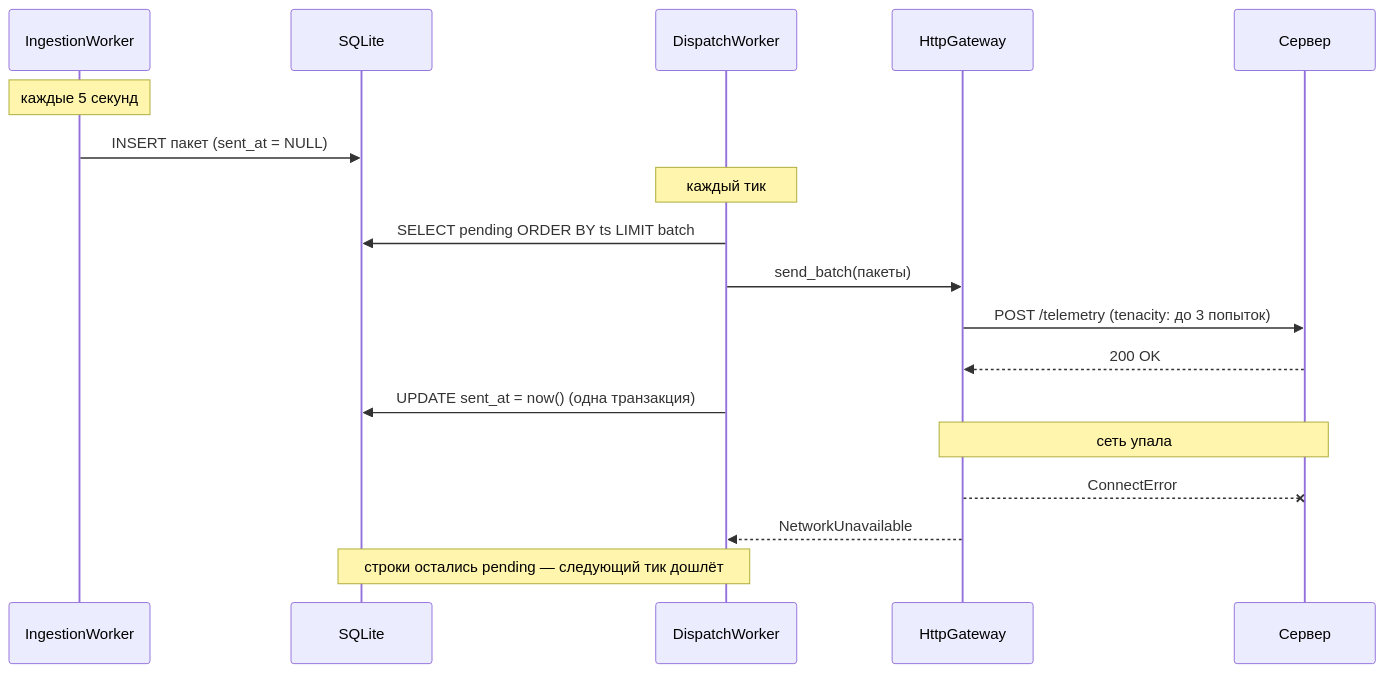
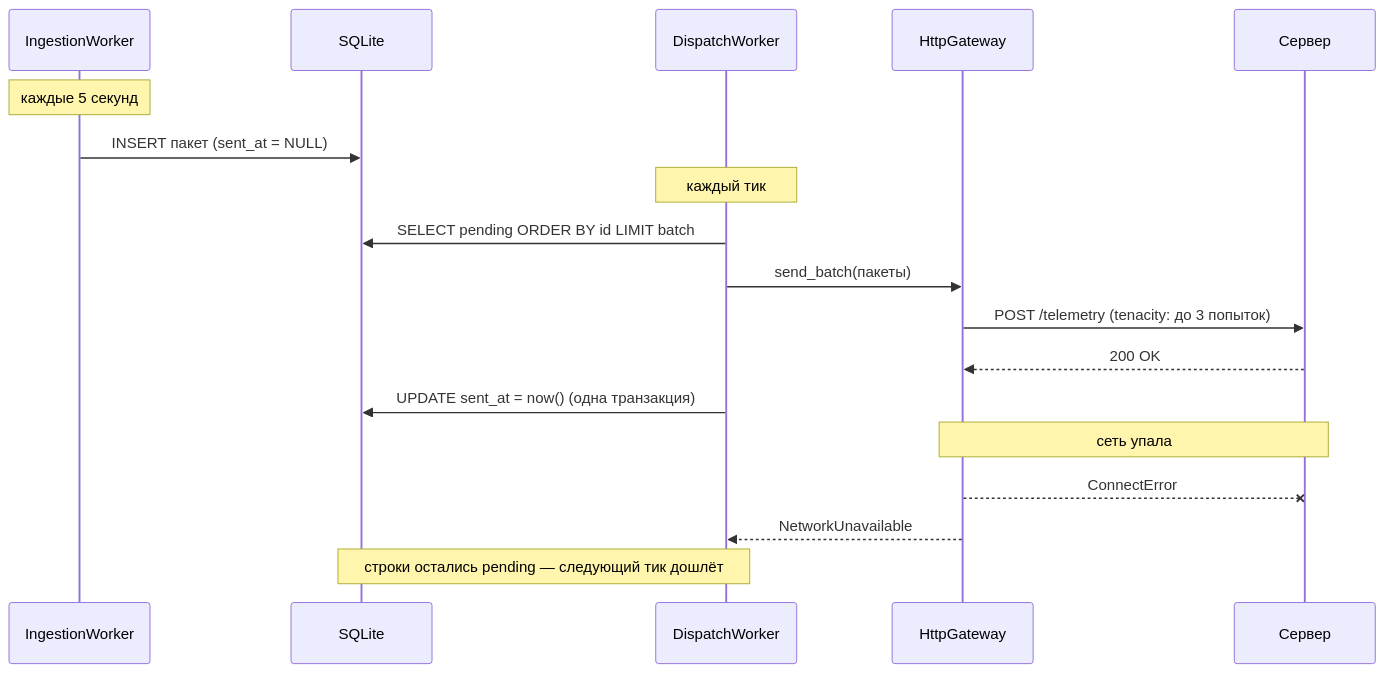
Before and after one commit to Korasystems24/EdgePC: the third of 4 diagrams in docs/architecture.md, drawn with Mermaid. The commit also changed other lines of this file and 1 other file, not shown here.

Commit message:
docs(architecture): 📝 refine outbox, quarantine, and health delivery

````diff
--- a/docs/architecture.md
+++ b/docs/architecture.md
@@ -257,23 +269,23 @@
 ```mermaid
 sequenceDiagram
     participant IW as IngestionWorker
     participant DB as SQLite
     participant DW as DispatchWorker
     participant GW as HttpGateway
     participant SRV as Сервер
 
     Note over IW: каждые 5 секунд
     IW->>DB: INSERT пакет (sent_at = NULL)
 
     Note over DW: каждый тик
-    DW->>DB: SELECT pending ORDER BY ts LIMIT batch
+    DW->>DB: SELECT pending ORDER BY id LIMIT batch
     DW->>GW: send_batch(пакеты)
     GW->>SRV: POST /telemetry (tenacity: до 3 попыток)
     SRV-->>GW: 200 OK
     DW->>DB: UPDATE sent_at = now() (одна транзакция)
 
     Note over GW,SRV: сеть упала
     GW--xSRV: ConnectError
     GW-->>DW: NetworkUnavailable
     Note over DW,DB: строки остались pending — следующий тик дошлёт
 ```
````
